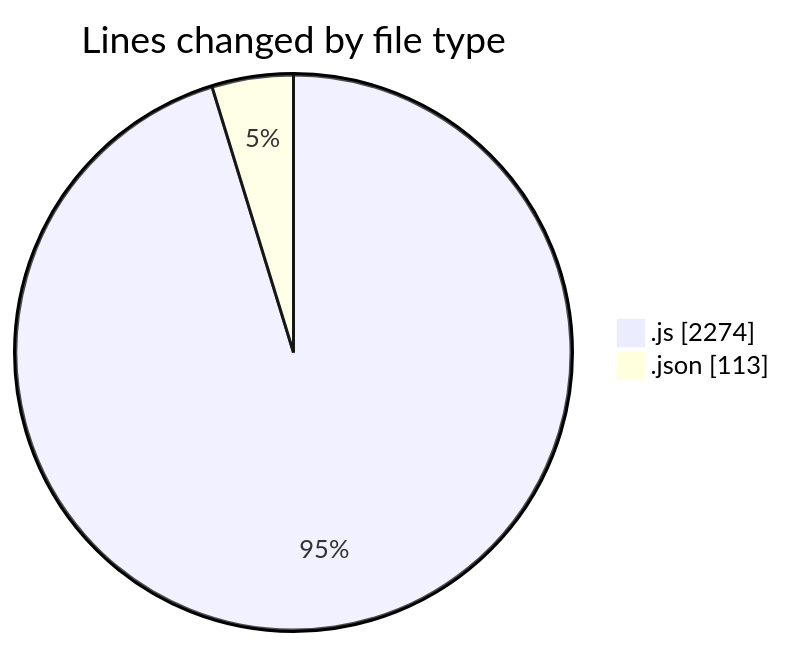
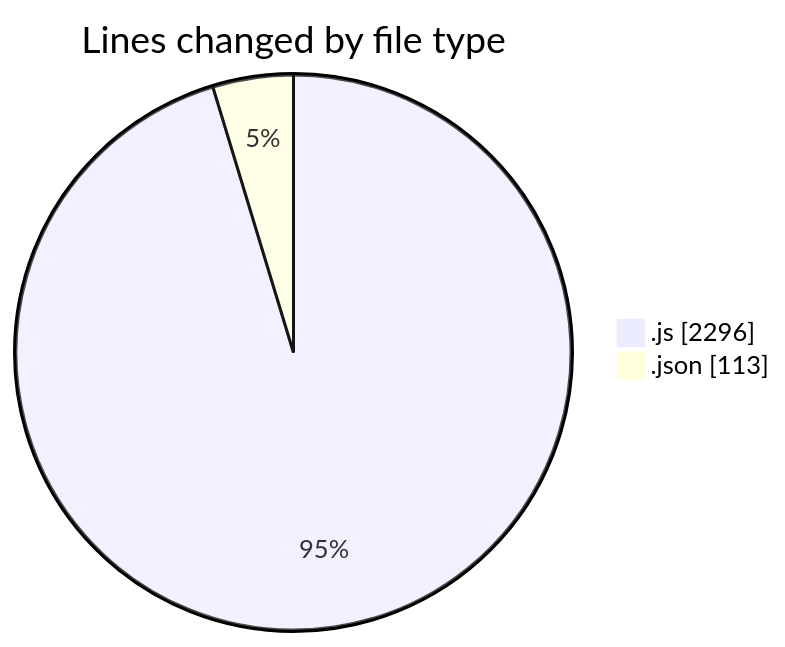
Before and after one commit to BS-eng2023/code-tracking: the first of 2 diagrams in 2025-04-03/jsvms/README.md, drawn with Mermaid. The commit also changed other lines of this file and 1 other file, not shown here.

````diff
--- a/2025-04-03/jsvms/README.md
+++ b/2025-04-03/jsvms/README.md
@@ -34,6 +34,6 @@
 ```mermaid
 pie showData
 title Lines changed by file type
-".js" : 2274
+".js" : 2296
 ".json" : 113
 ```
````
